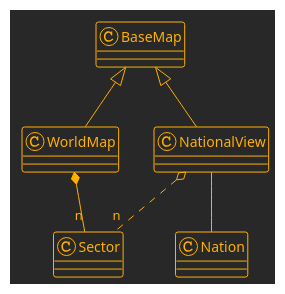
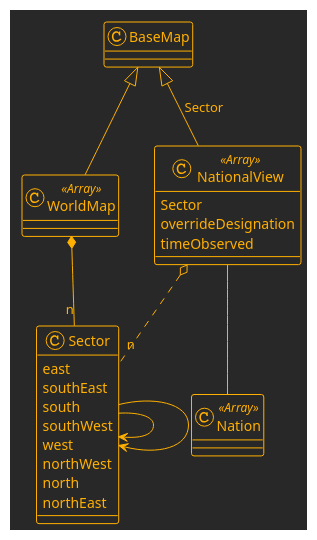
Before and after one commit to marknelsonengineer/empire: the ninth of 13 diagrams in API_DESIGN.md, drawn with PlantUML. The commit also changed other lines of this file and 3 other files, not shown here.

```diff
--- a/API_DESIGN.md
+++ b/API_DESIGN.md
@@ -547,16 +580,32 @@
 @startuml
 !theme crt-amber
 
 class BaseMap
-class WorldMap
-class NationalView
-class Nation
-class Sector
+class WorldMap <<Array>>
+class NationalView <<Array>> {
+  Sector
+  overrideDesignation
+  timeObserved
+}
+class Nation <<Array>>
+class Sector {
+  east
+  southEast
+  south
+  southWest
+  west
+  northWest
+  north
+  northEast
+}
+
 
 BaseMap      <|-- WorldMap
-BaseMap      <|-- NationalView
+BaseMap      <|-- NationalView:Sector
 NationalView --   Nation
 WorldMap     *-- "n" Sector
 NationalView o.. "n" Sector
+Sector --> Sector
+Sector --> Sector
 
 @enduml
```
